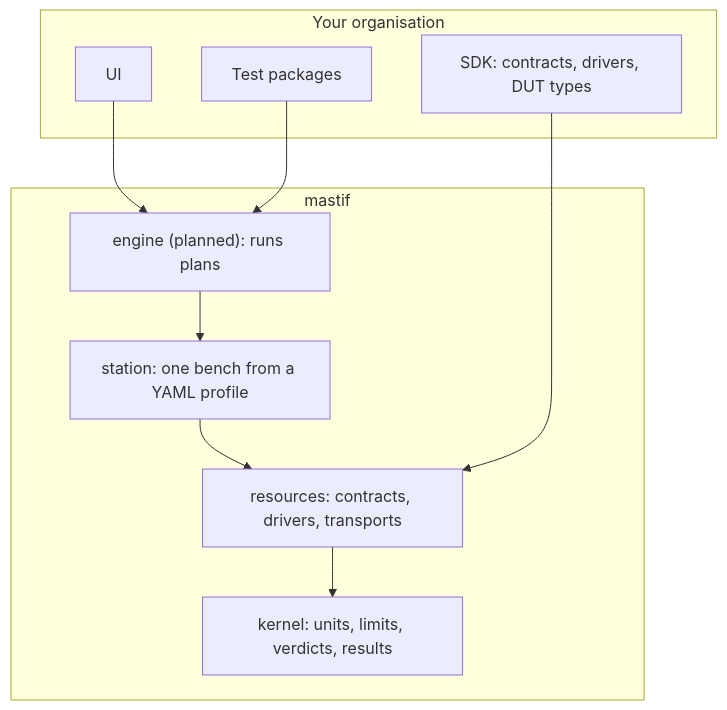
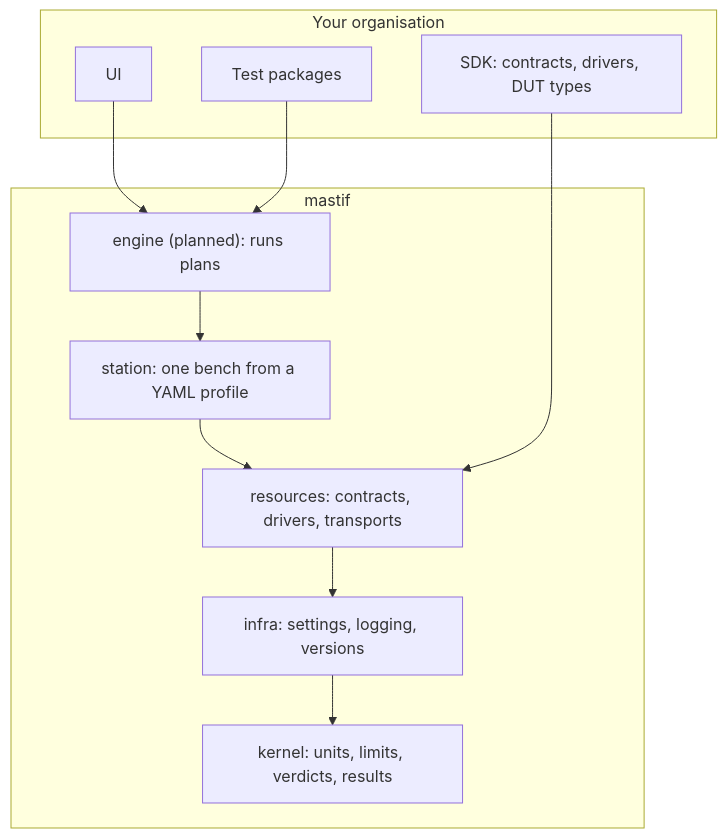
The diagram in docs/wiki/start-here.md (PuglyD/mastif), drawn with Mermaid before and after one commit. The commit also changed other lines of this file and 19 other files, not shown here.

First line of the commit message:
docs: document the infra layer and settings injection

````diff
--- a/docs/wiki/start-here.md
+++ b/docs/wiki/start-here.md
@@ -35,18 +35,19 @@
 ```mermaid
 flowchart TB
     subgraph org["Your organisation"]
         ui[UI]
         sdk["SDK: contracts, drivers, DUT types"]
         tests[Test packages]
     end
     subgraph mastif
         engine["engine (planned): runs plans"]
         station["station: one bench from a YAML profile"]
         resources["resources: contracts, drivers, transports"]
+        infra["infra: settings, logging, versions"]
         kernel["kernel: units, limits, verdicts, results"]
     end
     ui --> engine
     tests --> engine
-    engine --> station --> resources --> kernel
+    engine --> station --> resources --> infra --> kernel
     sdk --> resources
 ```
````
